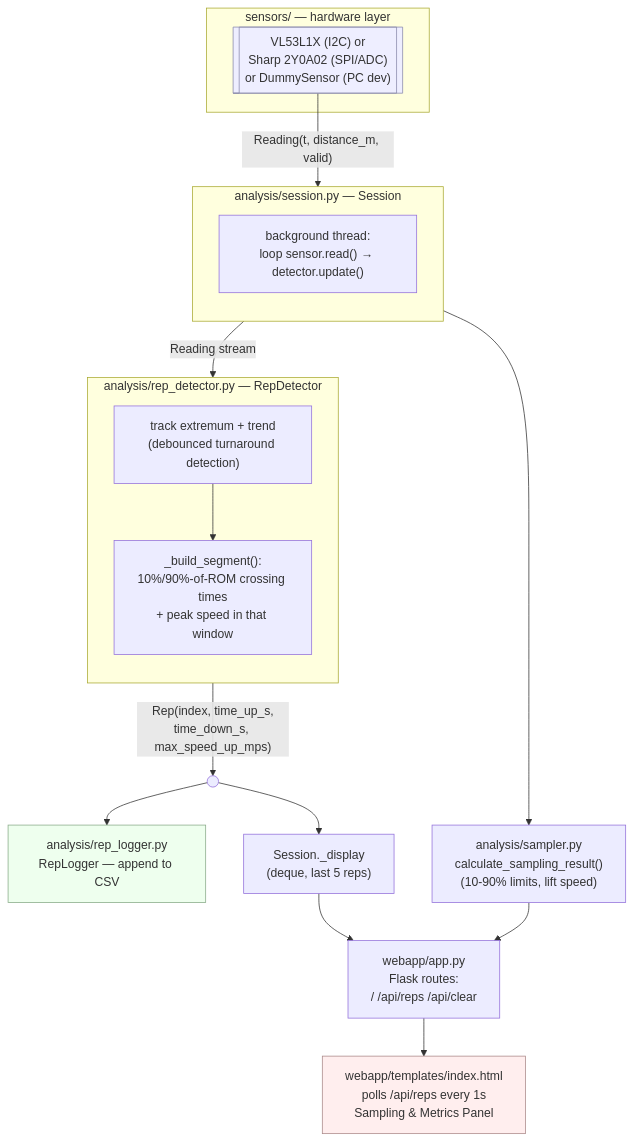
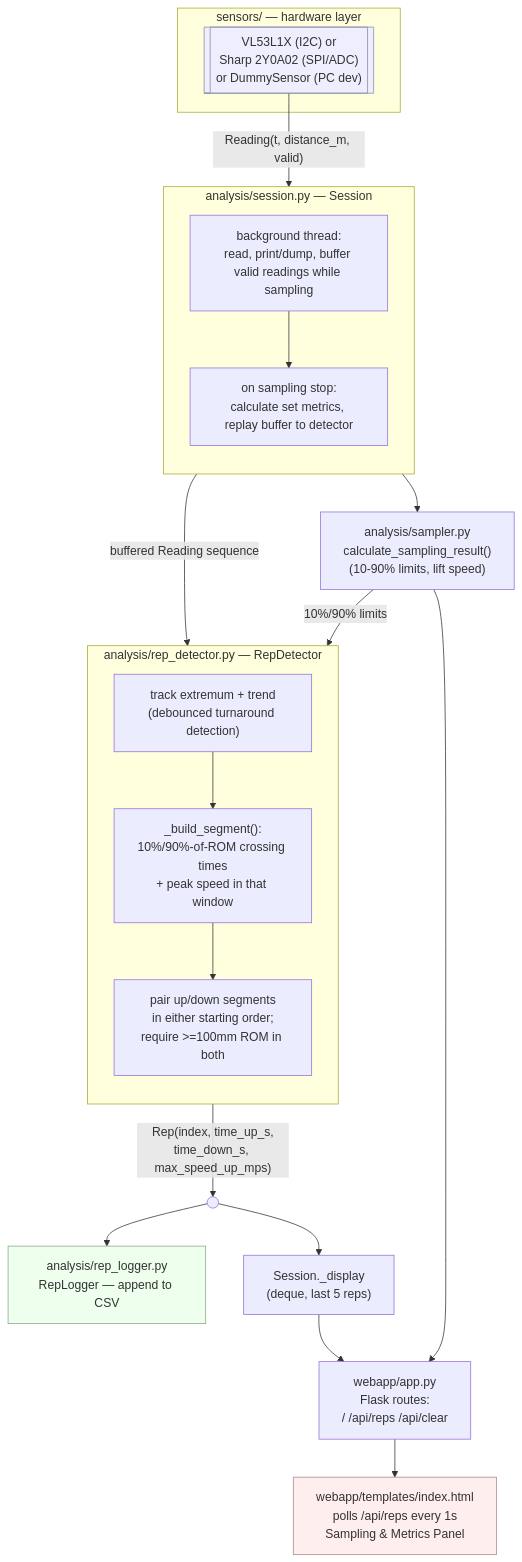
Before and after one commit to petrihavanto-arch/Barspeed: the diagram in ARCHITECTURE.md, drawn with Mermaid. The commit also changed other lines of this file, not shown here.

Commit message:
Document sampling and rep detection flow

````diff
--- a/ARCHITECTURE.md
+++ b/ARCHITECTURE.md
@@ -23,35 +23,39 @@
 ```mermaid
 flowchart TD
     subgraph Acquisition["sensors/ — hardware layer"]
         HW[["VL53L1X (I2C) or\nSharp 2Y0A02 (SPI/ADC)\nor DummySensor (PC dev)"]]
     end
 
     HW -->|"Reading(t, distance_m, valid)"| Session
 
     subgraph Session["analysis/session.py — Session"]
         direction TB
-        Thread["background thread:\nloop sensor.read() → detector.update()"]
+        Thread["background thread:\nread, print/dump, buffer valid readings while sampling"]
+        Replay["on sampling stop:\ncalculate set metrics, replay buffer to detector"]
+        Thread --> Replay
     end
 
-    Session -->|"Reading stream"| Detector
+    Session -->|"buffered Reading sequence"| Detector
 
     subgraph Detector["analysis/rep_detector.py — RepDetector"]
         direction TB
         Track["track extremum + trend\n(debounced turnaround detection)"]
         Track --> Build["_build_segment():\n10%/90%-of-ROM crossing times\n+ peak speed in that window"]
+        Build --> Filter["pair up/down segments\nin either starting order;\nrequire >=100mm ROM in both"]
     end
 
     Detector -->|"Rep(index, time_up_s,\ntime_down_s, max_speed_up_mps)"| Fanout
 
     Fanout(( )) --> Logger["analysis/rep_logger.py\nRepLogger — append to CSV"]
     Fanout --> Display["Session._display\n(deque, last 5 reps)"]
     Session --> Sampler["analysis/sampler.py\ncalculate_sampling_result()\n(10-90% limits, lift speed)"]
 
     Display --> API["webapp/app.py\nFlask routes:\n/  /api/reps  /api/clear"]
     Sampler --> API
+    Sampler -->|"10%/90% limits"| Detector
     API --> UI["webapp/templates/index.html\npolls /api/reps every 1s\nSampling & Metrics Panel"]
 
     style HW fill:#eef,stroke:#88a
     style Logger fill:#efe,stroke:#8a8
     style UI fill:#fee,stroke:#a88
 ```
````
